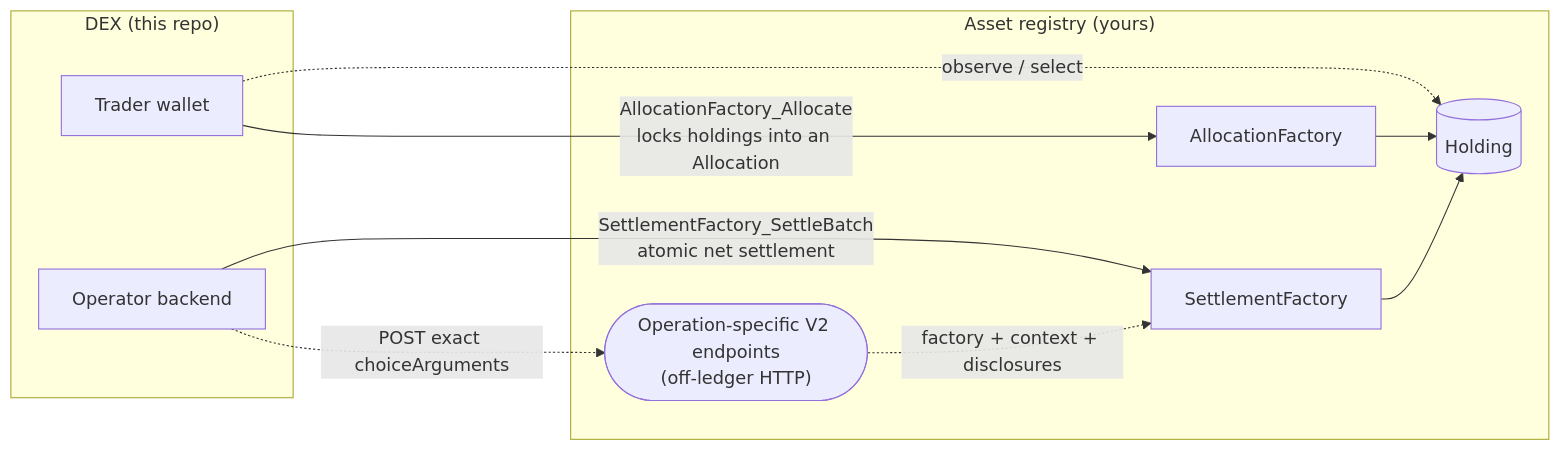
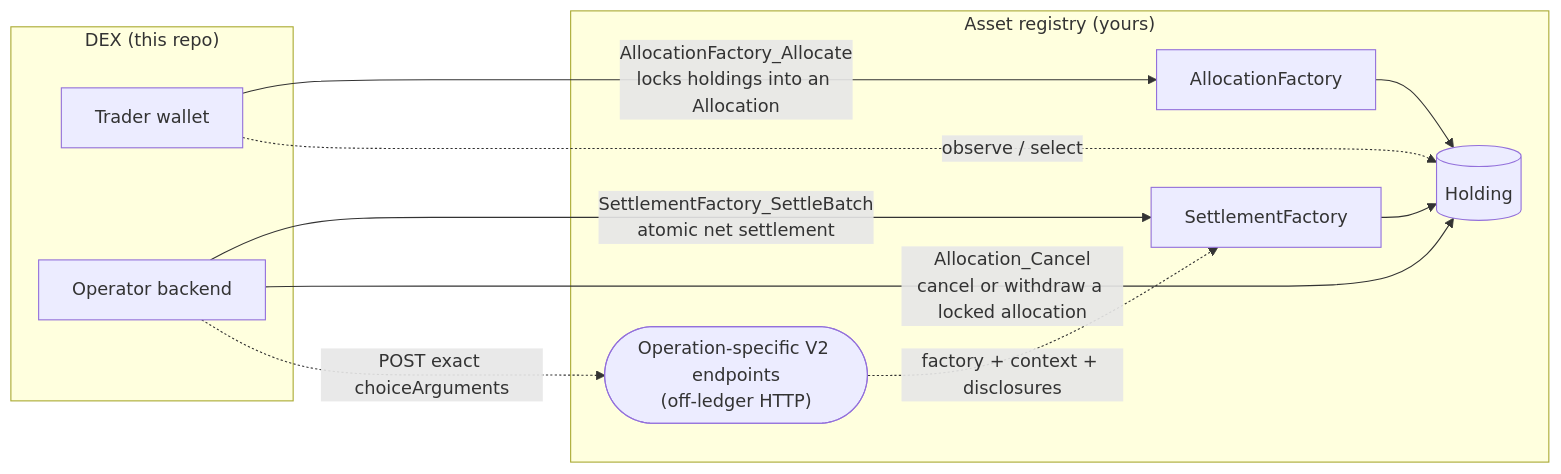
Before and after one commit to srikanth-bitdynamics/Canton-Dex-Reference-Implementation: the diagram in docs/guides/registry-integration.md, drawn with Mermaid. The commit also changed other lines of this file and 54 other files, not shown here.

````diff
--- a/docs/guides/registry-integration.md
+++ b/docs/guides/registry-integration.md
@@ -15,20 +15,21 @@
 ```mermaid
 flowchart LR
   subgraph DEX["DEX (this repo)"]
     W["Trader wallet"]
     OB["Operator backend"]
   end
   subgraph REG["Asset registry (yours)"]
     AF["AllocationFactory"]
     SF["SettlementFactory"]
     H[("Holding")]
     CC(["Operation-specific V2 endpoints<br/>(off-ledger HTTP)"])
   end
   W -->|"AllocationFactory_Allocate<br/>locks holdings into an Allocation"| AF
   OB -->|"SettlementFactory_SettleBatch<br/>atomic net settlement"| SF
+  OB -->|"Allocation_Cancel<br/>cancel or withdraw a locked allocation"| H
   W -.->|"observe / select"| H
   AF --> H
   SF --> H
   OB -.->|"POST exact choiceArguments"| CC
   CC -.->|"factory + context + disclosures"| SF
 ```
````
